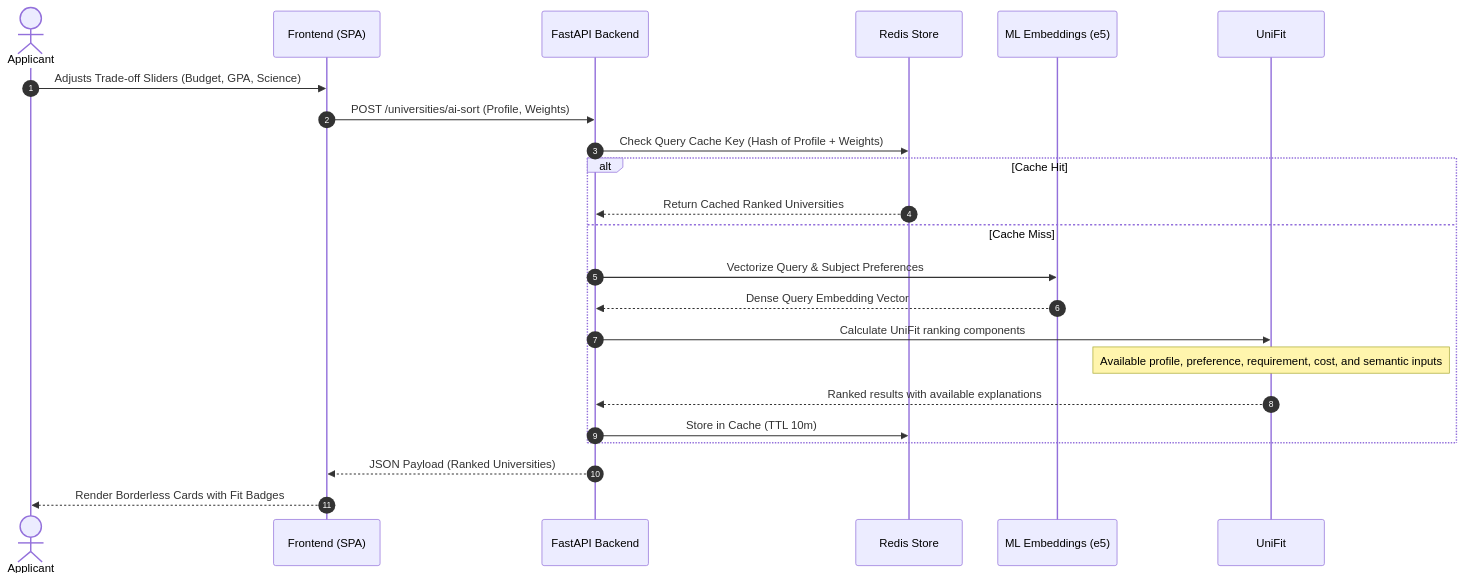
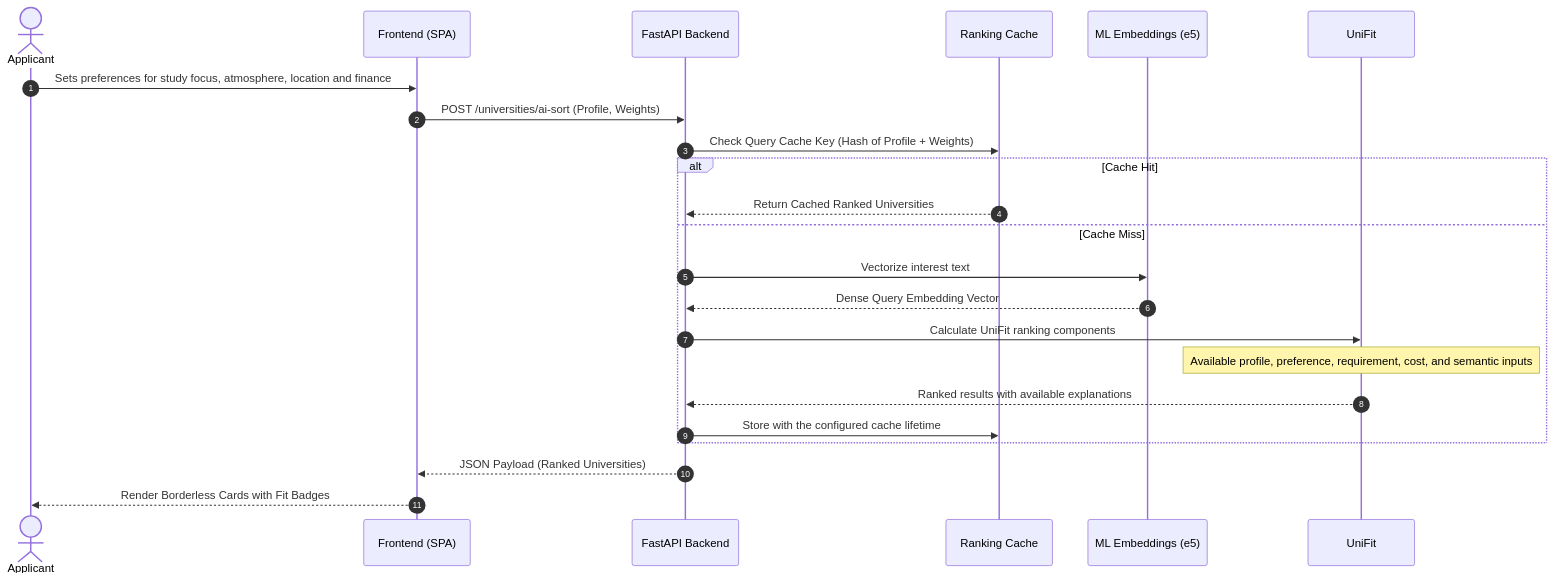
Before and after one commit to mukhammedsh/unisearch: the second of 2 diagrams in docs/architecture.md, drawn with Mermaid. The commit also changed other lines of this file and 81 other files, not shown here.

````diff
--- a/docs/architecture.md
+++ b/docs/architecture.md
@@ -148,26 +148,26 @@
 ```mermaid
 sequenceDiagram
     autonumber
     actor User as Applicant
     participant Client as Frontend (SPA)
     participant API as FastAPI Backend
-    participant Cache as Redis Store
+    participant Cache as Ranking Cache
     participant ML as ML Embeddings (e5)
     participant Engine as UniFit
 
-    User->>Client: Adjusts Trade-off Sliders (Budget, GPA, Science)
+    User->>Client: Sets preferences for study focus, atmosphere, location and finance
     Client->>API: POST /universities/ai-sort (Profile, Weights)
     API->>Cache: Check Query Cache Key (Hash of Profile + Weights)
     alt Cache Hit
         Cache-->>API: Return Cached Ranked Universities
     else Cache Miss
-        API->>ML: Vectorize Query & Subject Preferences
+        API->>ML: Vectorize interest text
         ML-->>API: Dense Query Embedding Vector
         API->>Engine: Calculate UniFit ranking components
         Note over Engine: Available profile, preference, requirement, cost, and semantic inputs
         Engine-->>API: Ranked results with available explanations
-        API->>Cache: Store in Cache (TTL 10m)
+        API->>Cache: Store with the configured cache lifetime
     end
     API-->>Client: JSON Payload (Ranked Universities)
     Client-->>User: Render Borderless Cards with Fit Badges
 ```
````
